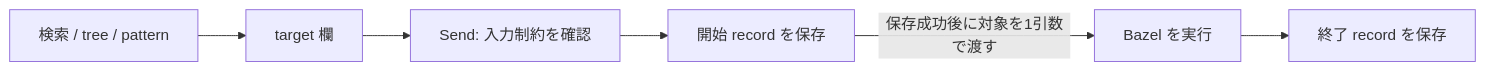
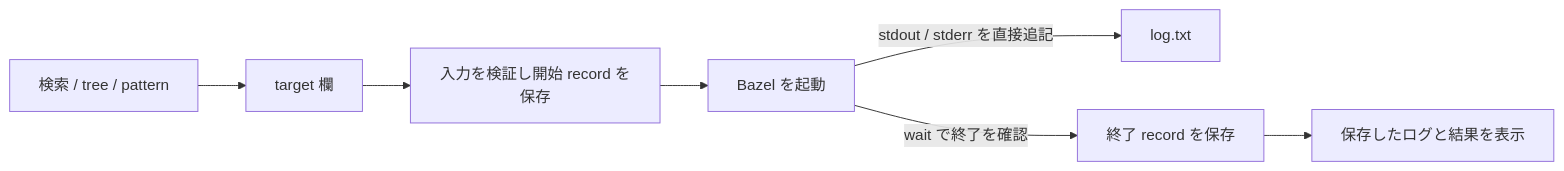
The diagram in docs/design/m3-find-and-run.md (OhataKenji/zeal), drawn with Mermaid before and after one commit. The commit also changed other lines of this file and 9 other files, not shown here.

````diff
--- a/docs/design/m3-find-and-run.md
+++ b/docs/design/m3-find-and-run.md
@@ -32,8 +27,9 @@
 ```mermaid
 flowchart LR
     pick["検索 / tree / pattern"] --> input["target 欄"]
-    input --> send["Send: 入力制約を確認"]
-    send --> record["開始 record を保存"]
-    record -->|"保存成功後に対象を1引数で渡す"| bazel["Bazel を実行"]
-    bazel --> finish["終了 record を保存"]
+    input --> send["入力を検証し開始 record を保存"]
+    send --> bazel["Bazel を起動"]
+    bazel -->|"stdout / stderr を直接追記"| log["log.txt"]
+    bazel -->|"wait で終了を確認"| result["終了 record を保存"]
+    result --> view["保存したログと結果を表示"]
 ```
````
